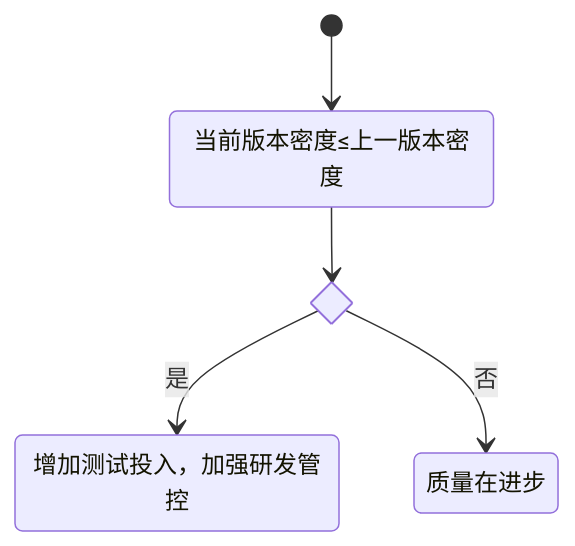
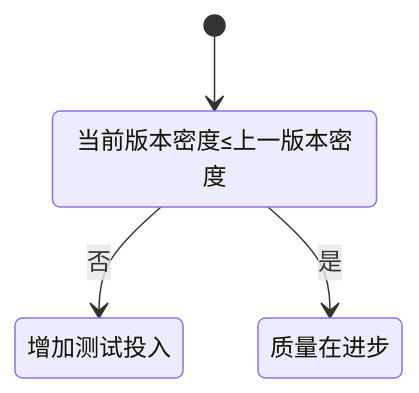
One commit to 0xcaffebabe/note changed the fourth of 6 diagrams in doc/软件工程/质量工程.md. Above: the diagram before and after it, drawn with Mermaid. The commit also changed other lines of this file, not shown here.

````diff
--- a/doc/软件工程/质量工程.md
+++ b/doc/软件工程/质量工程.md
@@ -167,8 +174,6 @@
 ```mermaid
 stateDiagram-v2
-  state if_state <<choice>>
   [*] --> 当前版本密度≤上一版本密度
-  当前版本密度≤上一版本密度 --> if_state
-  if_state --> 增加测试投入，加强研发管控: 是
-  if_state --> 质量在进步 : 否
+  当前版本密度≤上一版本密度 --> 增加测试投入: 否
+  当前版本密度≤上一版本密度 --> 质量在进步: 是
 ```
````
